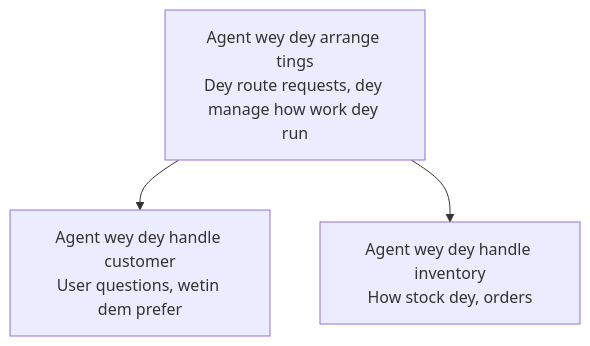
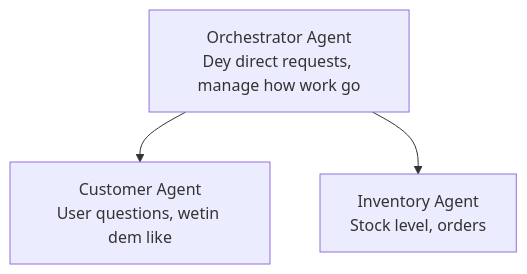
The diagram in translations/pcm/docs/chapter-05-multi-agent/README.md (microsoft/AZD-for-beginners), drawn with Mermaid before and after one commit. The commit also changed other lines of this file and 61 other files, not shown here.

````diff
--- a/translations/pcm/docs/chapter-05-multi-agent/README.md
+++ b/translations/pcm/docs/chapter-05-multi-agent/README.md
@@ -54,5 +54,5 @@
 ```mermaid
 graph TD
-    Orchestrator[Agent wey dey arrange tings<br/>Dey route requests, dey manage how work dey run] --> Customer[Agent wey dey handle customer<br/>User questions, wetin dem prefer]
-    Orchestrator --> Inventory[Agent wey dey handle inventory<br/>How stock dey, orders]
+    Orchestrator[Orchestrator Agent<br/>Dey direct requests, manage how work go] --> Customer[Customer Agent<br/>User questions, wetin dem like]
+    Orchestrator --> Inventory[Inventory Agent<br/>Stock level, orders]
 ```
````
